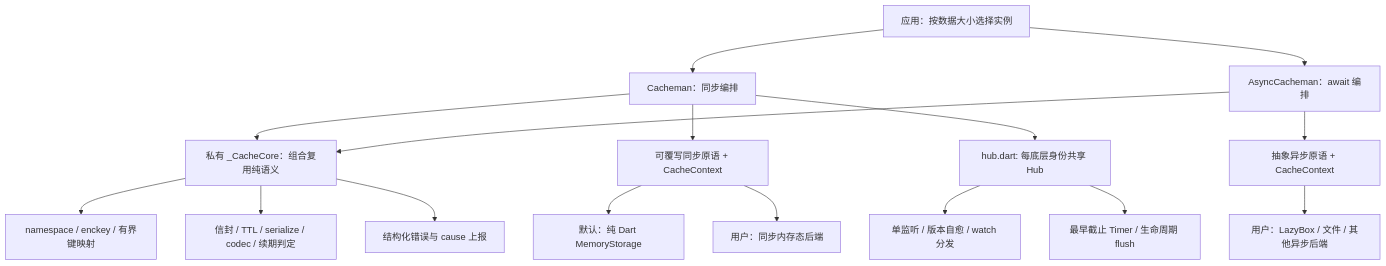
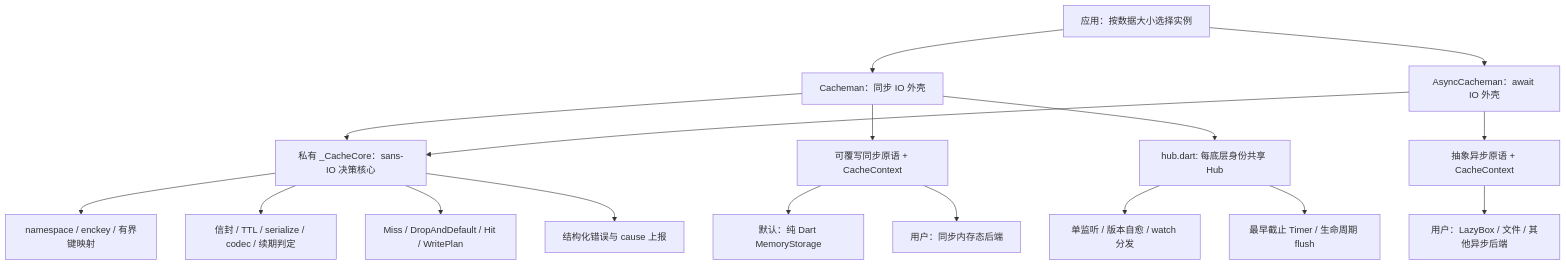
The diagram in cacheman/ARCHITECTURE.md (icodejoo/dart-labs), drawn with Mermaid before and after one commit. The commit also changed other lines of this file and 10 other files, not shown here.

````diff
--- a/cacheman/ARCHITECTURE.md
+++ b/cacheman/ARCHITECTURE.md
@@ -10,18 +10,19 @@
 ```mermaid
 flowchart TD
-    App[应用：按数据大小选择实例] --> Sync[Cacheman：同步编排]
-    App --> Async[AsyncCacheman：await 编排]
-    Sync --> Core[私有 _CacheCore：组合复用纯语义]
+    App[应用：按数据大小选择实例] --> Sync[Cacheman：同步 IO 外壳]
+    App --> Async[AsyncCacheman：await IO 外壳]
+    Sync --> Core[私有 _CacheCore：sans-IO 决策核心]
     Async --> Core
     Core --> Keys[namespace / enckey / 有界键映射]
     Core --> Envelope[信封 / TTL / serialize / codec / 续期判定]
+    Core --> Decisions[Miss / DropAndDefault / Hit / WritePlan]
     Core --> Errors[结构化错误与 cause 上报]
     Sync --> SyncRaw[可覆写同步原语 + CacheContext]
     Sync --> Hub[hub.dart: 每底层身份共享 Hub]
     Hub --> Notify[单监听 / 版本自愈 / watch 分发]
     Hub --> Flush[最早截止 Timer / 生命周期 flush]
     Async --> AsyncRaw[抽象异步原语 + CacheContext]
     SyncRaw --> Default[默认：纯 Dart MemoryStorage]
     SyncRaw --> UserSync[用户：同步内存态后端]
     AsyncRaw --> UserAsync[用户：LazyBox / 文件 / 其他异步后端]
 ```
````
